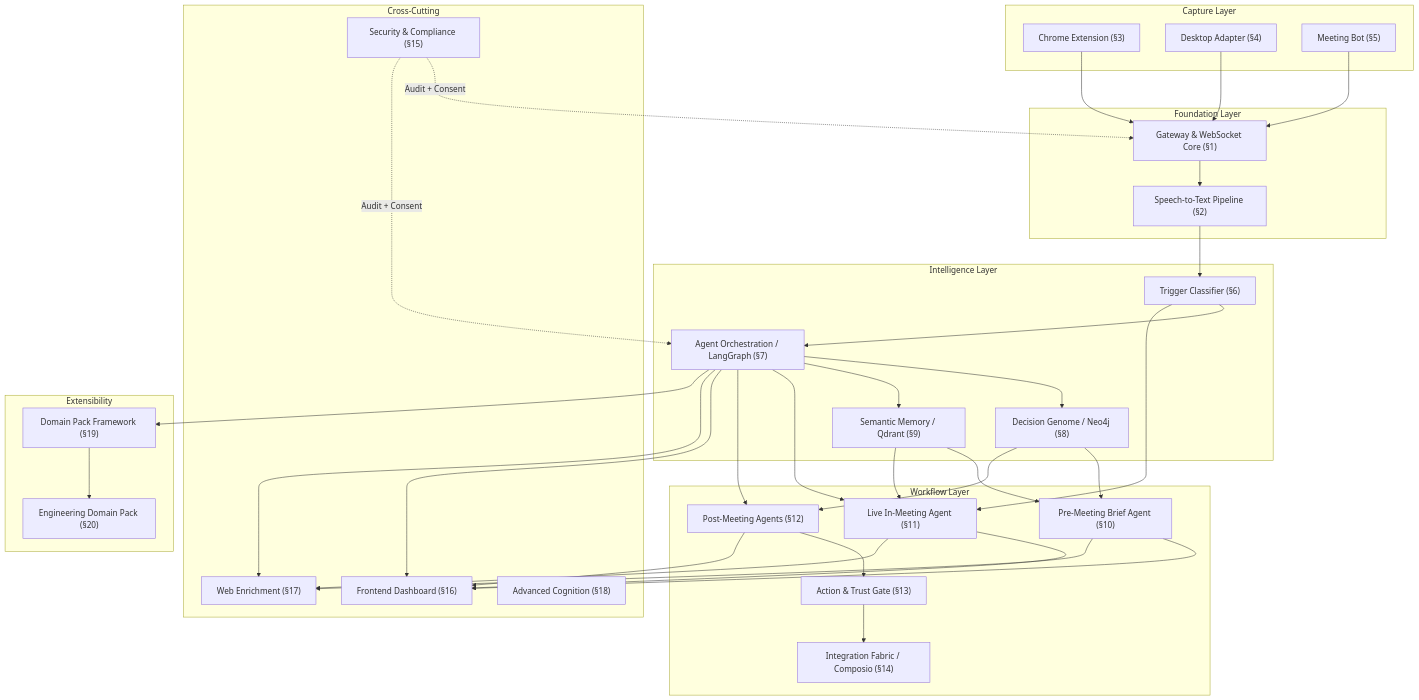
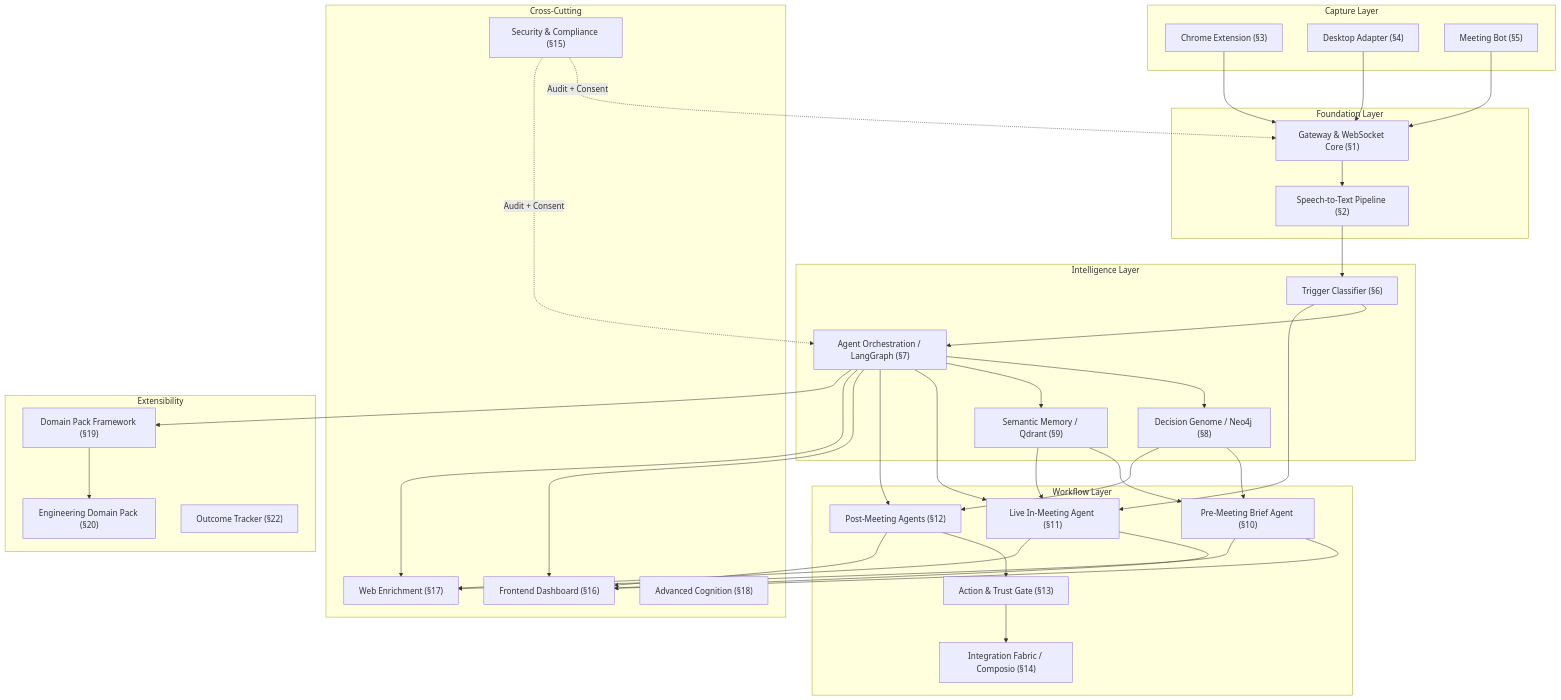
One commit to Ayush07737/MeetMind-AI changed the diagram in docs/architecture.md. Above: the diagram before and after it, drawn with Mermaid. The commit also changed other lines of this file and 73 other files, not shown here.

````diff
--- a/docs/architecture.md
+++ b/docs/architecture.md
@@ -5,69 +5,70 @@
 ```mermaid
 graph TB
     subgraph Capture["Capture Layer"]
         EXT["Chrome Extension (§3)"]
         DESK["Desktop Adapter (§4)"]
         BOT["Meeting Bot (§5)"]
     end
 
     subgraph Foundation["Foundation Layer"]
         GW["Gateway & WebSocket Core (§1)"]
         ASR["Speech-to-Text Pipeline (§2)"]
     end
 
     subgraph Intelligence["Intelligence Layer"]
         CLASSIFY["Trigger Classifier (§6)"]
         ORCH["Agent Orchestration / LangGraph (§7)"]
         DG["Decision Genome / Neo4j (§8)"]
         SM["Semantic Memory / Qdrant (§9)"]
     end
 
     subgraph Workflow["Workflow Layer"]
         PRE["Pre-Meeting Brief Agent (§10)"]
         LIVE["Live In-Meeting Agent (§11)"]
         POST["Post-Meeting Agents (§12)"]
         TRUST["Action & Trust Gate (§13)"]
         INT["Integration Fabric / Composio (§14)"]
     end
 
     subgraph CrossCut["Cross-Cutting"]
         SEC["Security & Compliance (§15)"]
         FE["Frontend Dashboard (§16)"]
         WEB["Web Enrichment (§17)"]
         ADV["Advanced Cognition (§18)"]
     end
 
     subgraph Extensibility["Extensibility"]
         DPF["Domain Pack Framework (§19)"]
         EDP["Engineering Domain Pack (§20)"]
+        OUT["Outcome Tracker (§22)"]
     end
 
     EXT --> GW
     DESK --> GW
     BOT --> GW
     GW --> ASR
     ASR --> CLASSIFY
     CLASSIFY --> ORCH
     ORCH --> DG
     ORCH --> SM
     DG --> PRE
     SM --> PRE
     CLASSIFY --> LIVE
     ORCH --> LIVE
     SM --> LIVE
     ORCH --> POST
     DG --> POST
     POST --> TRUST
     TRUST --> INT
     SEC -.->|"Audit + Consent"| GW
     SEC -.->|"Audit + Consent"| ORCH
     ORCH --> FE
     PRE --> FE
     LIVE --> FE
     POST --> FE
     ORCH --> WEB
     PRE --> WEB
     LIVE --> WEB
     ORCH --> DPF
     DPF --> EDP
 ```
````
